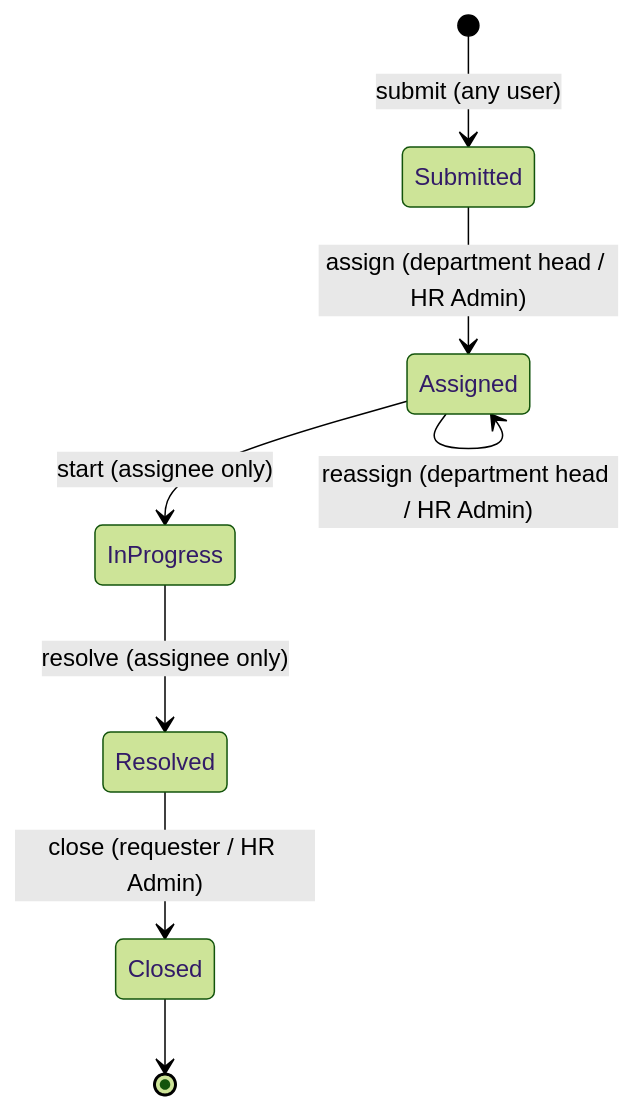
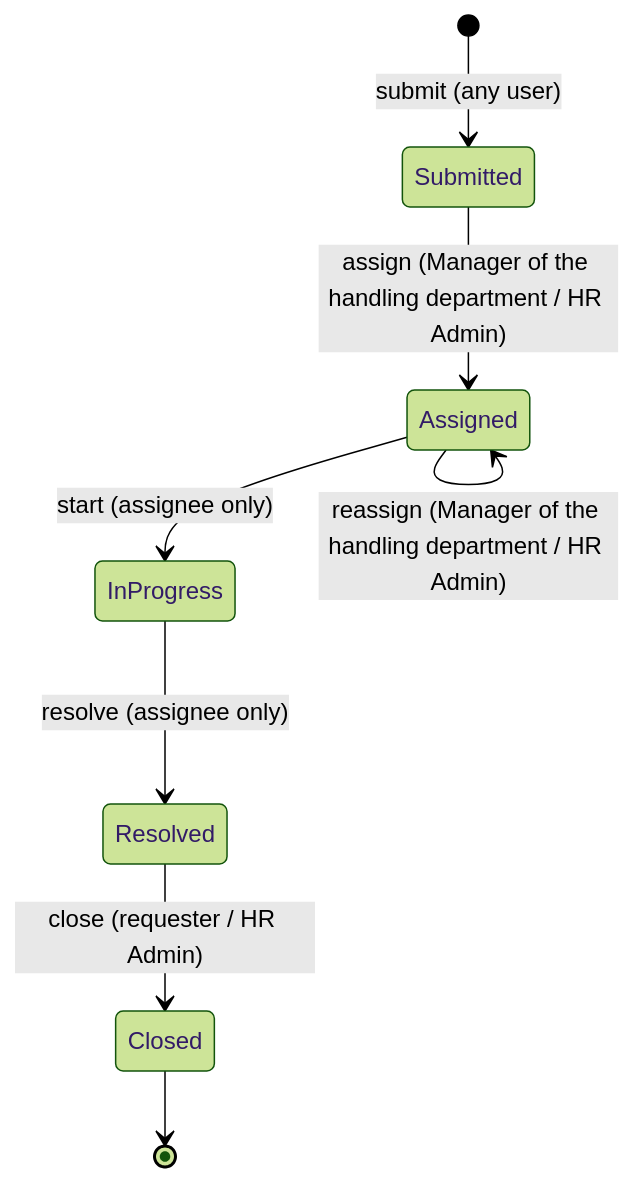
Before and after one commit to abrarCSE29/hris-system: the fourth of 5 diagrams in docs/architecture-v1.md, drawn with Mermaid (forest theme). The commit also changed other lines of this file and 6 other files, not shown here.

First line of the commit message:
Treat a Manager as the head of their own department

````diff
--- a/docs/architecture-v1.md
+++ b/docs/architecture-v1.md
@@ -542,10 +542,10 @@
 ```mermaid
 stateDiagram-v2
     [*] --> Submitted: submit (any user)
-    Submitted --> Assigned: assign (department head / HR Admin)
-    Assigned --> Assigned: reassign (department head / HR Admin)
+    Submitted --> Assigned: assign (Manager of the handling department / HR Admin)
+    Assigned --> Assigned: reassign (Manager of the handling department / HR Admin)
     Assigned --> InProgress: start (assignee only)
     InProgress --> Resolved: resolve (assignee only)
     Resolved --> Closed: close (requester / HR Admin)
     Closed --> [*]
 ```
````
